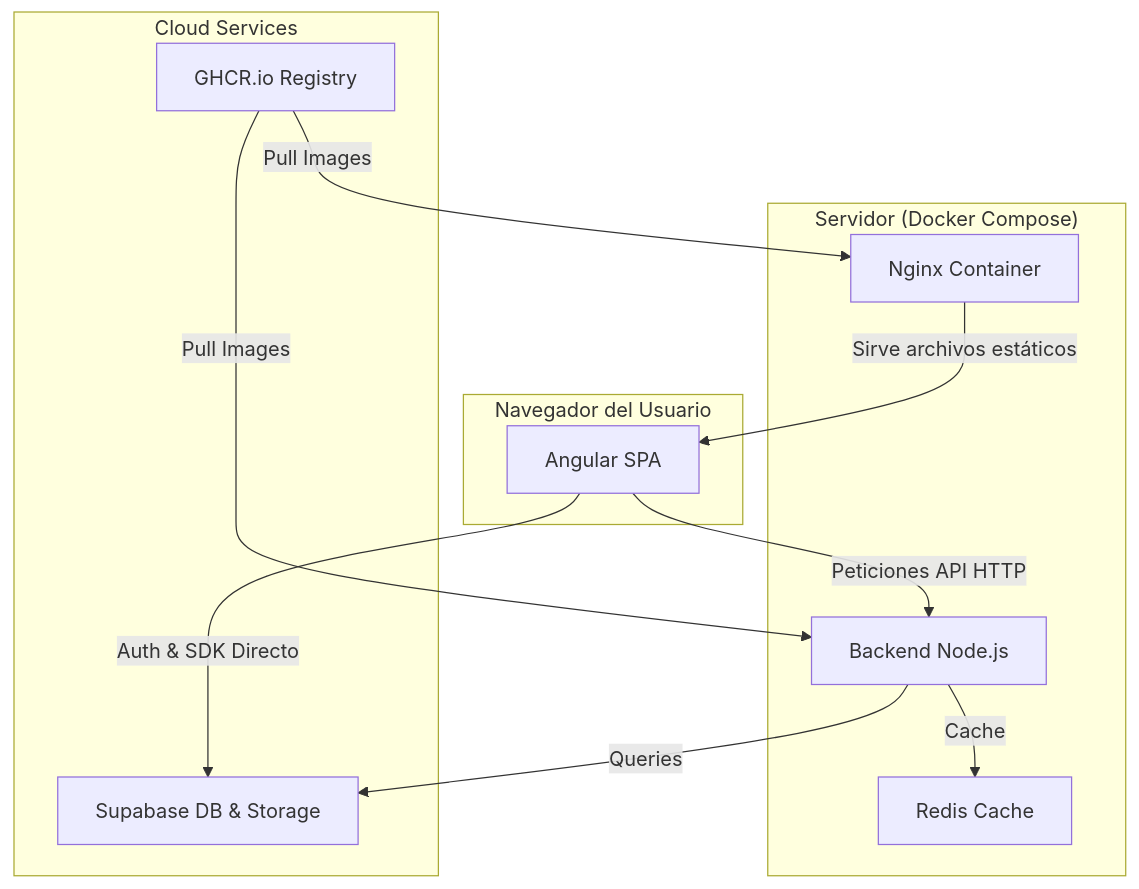
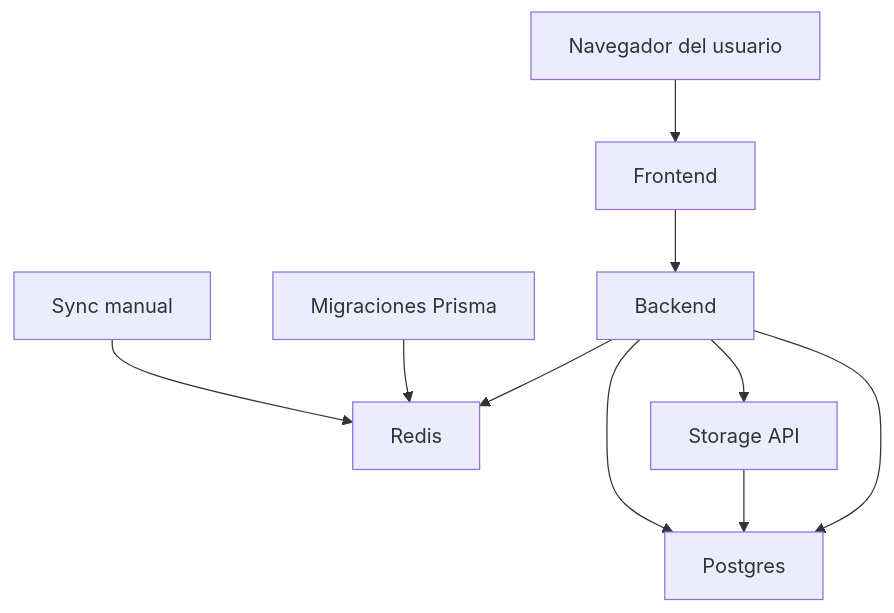
One commit to Unizar-30226-2026-11/infraestructura-proyecto changed the diagram in README.md. Above: the diagram before and after it, drawn with Mermaid. The commit also changed other lines of this file and 3 other files, not shown here.

````diff
--- a/README.md
+++ b/README.md
@@ -9,26 +17,12 @@
 ```mermaid
 graph TD
-    subgraph "Navegador del Usuario"
-        A[Angular SPA]
-    end
-
-    subgraph "Servidor (Docker Compose)"
-        B[Nginx Container]
-        C[Backend Node.js]
-        D[Redis Cache]
-    end
-
-    subgraph "Cloud Services"
-        E[Supabase DB & Storage]
-        F[GHCR.io Registry]
-    end
-
-    %% Flujos
-    F -->|Pull Images| B
-    F -->|Pull Images| C
-    B -->|Sirve archivos estáticos| A
-    A -->|Peticiones API HTTP| C
-    A -->|Auth & SDK Directo| E
-    C -->|Queries| E
-    C -->|Cache| D
+    U[Navegador del usuario] --> F[Frontend]
+    F --> B[Backend]
+    B --> R[Redis]
+   B --> S[Storage API]
+   B --> D[Postgres]
+    M[Migraciones Prisma] --> R
+   X[Sync manual] --> R
+   S --> D
+   B --> D
 ```
````
